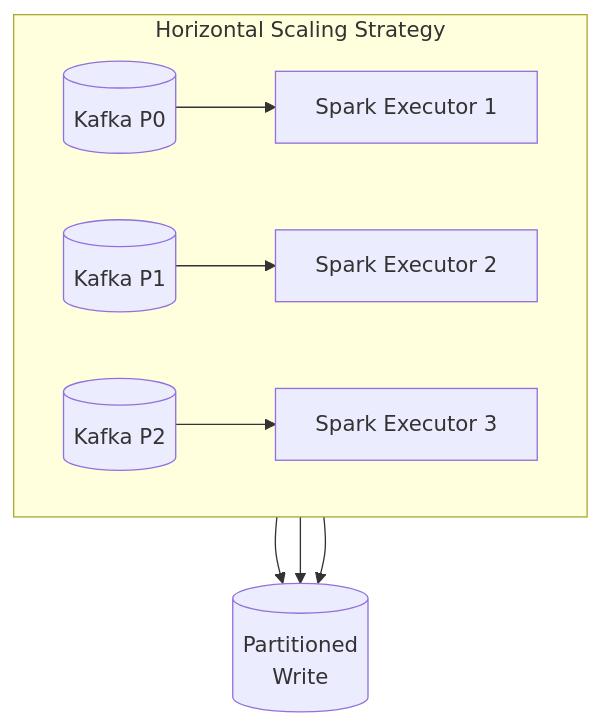
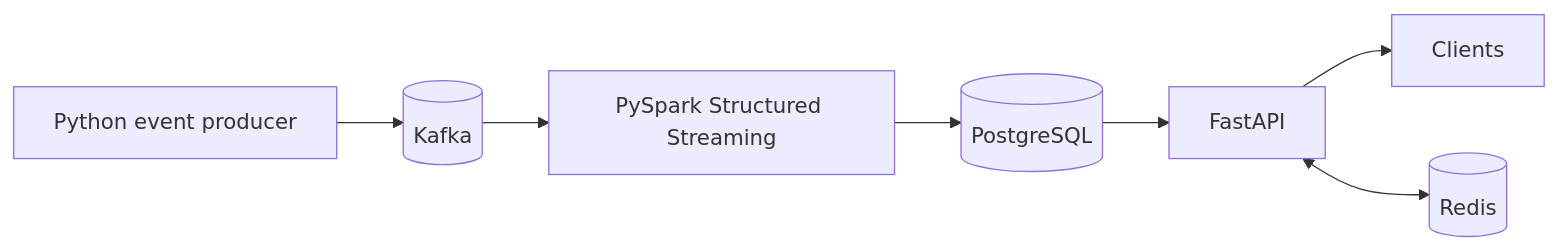
Before and after one commit to iiitbCarbon/InsightsStream-: the second of 2 diagrams in README.md, drawn with Mermaid. The commit also changed other lines of this file and 18 other files, not shown here.

````diff
--- a/README.md
+++ b/README.md
@@ -119,12 +147,9 @@
 ```mermaid
-flowchart TB
-    subgraph Scale["Horizontal Scaling Strategy"]
-        direction LR
-        K1[(Kafka P0)] --> C1[Spark Executor 1]
-        K2[(Kafka P1)] --> C2[Spark Executor 2]
-        K3[(Kafka P2)] --> C3[Spark Executor 3]
-    end
-    C1 --> W[(Partitioned<br/>Write)]
-    C2 --> W
-    C3 --> W
+flowchart LR
+    P[Python event producer] --> K[(Kafka)]
+    K --> SP[PySpark Structured Streaming]
+    SP --> PG[(PostgreSQL)]
+    PG --> API[FastAPI]
+    API --> C[Clients]
+    API <--> R[(Redis)]
 ```
````
